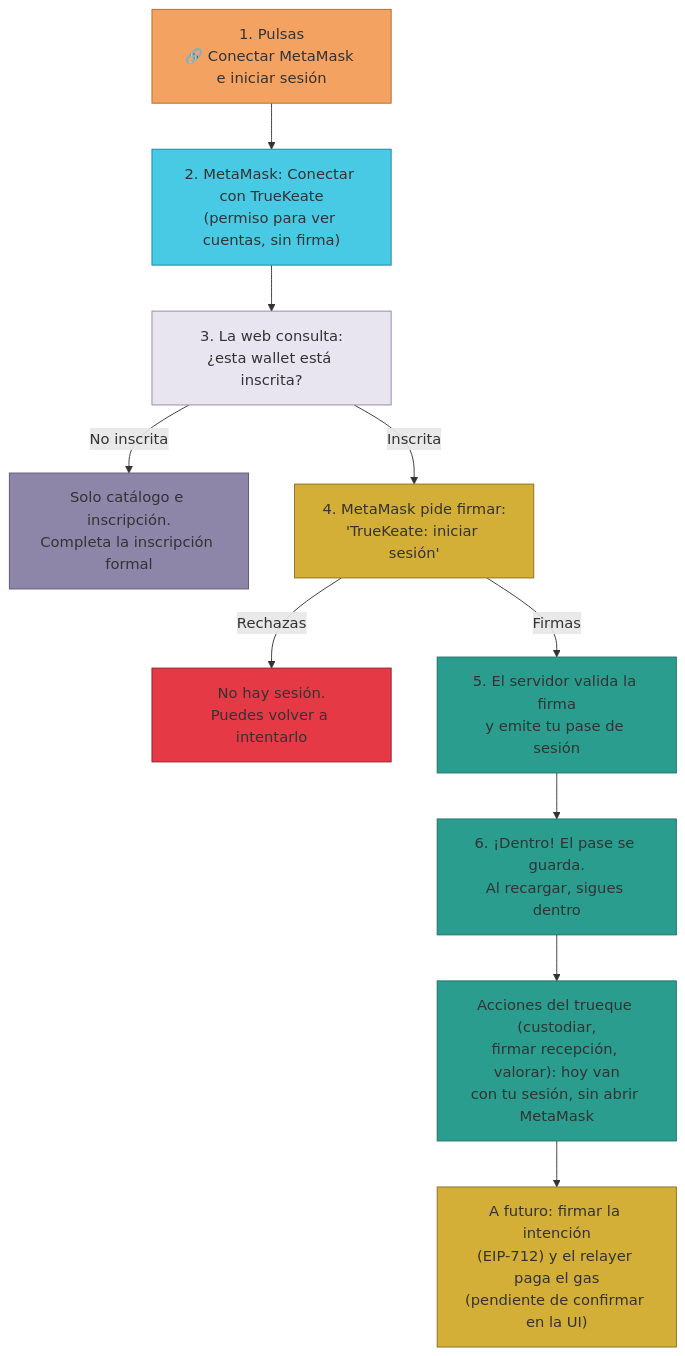
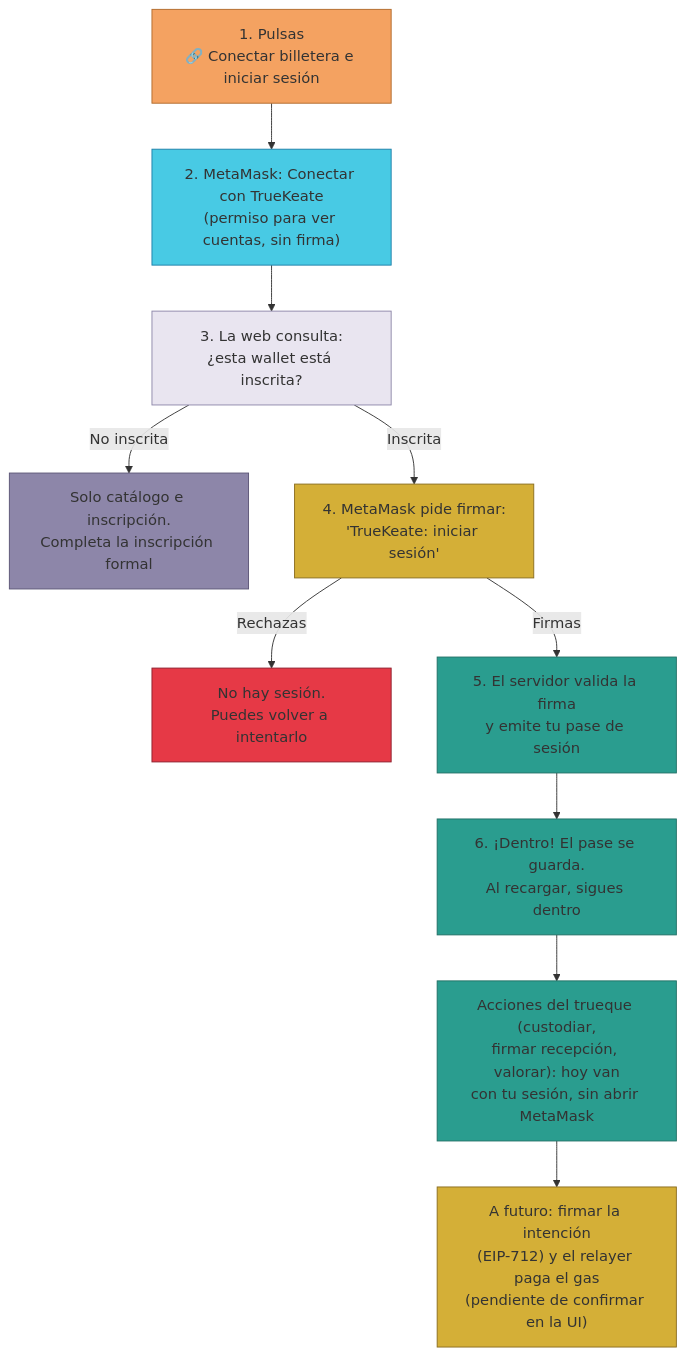
The diagram in docs/Manuales/07-Wallets-y-Cuentas/06-interactuar-wallet.md (anlucorporations/escrow), drawn with Mermaid before and after one commit. The commit also changed other lines of this file and 26 other files, not shown here.

````diff
--- a/docs/Manuales/07-Wallets-y-Cuentas/06-interactuar-wallet.md
+++ b/docs/Manuales/07-Wallets-y-Cuentas/06-interactuar-wallet.md
@@ -171,22 +171,22 @@
 ```mermaid
 flowchart TB
-    A["1. Pulsas<br/>🔗 Conectar MetaMask e iniciar sesión"] --> B["2. MetaMask: Conectar con TrueKeate<br/>(permiso para ver cuentas, sin firma)"]
+    A["1. Pulsas<br/>🔗 Conectar billetera e iniciar sesión"] --> B["2. MetaMask: Conectar con TrueKeate<br/>(permiso para ver cuentas, sin firma)"]
     B --> C["3. La web consulta:<br/>¿esta wallet está inscrita?"]
     C -->|"No inscrita"| D["Solo catálogo e inscripción.<br/>Completa la inscripción formal"]
     C -->|"Inscrita"| E["4. MetaMask pide firmar:<br/>'TrueKeate: iniciar sesión'"]
     E -->|"Rechazas"| F["No hay sesión.<br/>Puedes volver a intentarlo"]
     E -->|"Firmas"| G["5. El servidor valida la firma<br/>y emite tu pase de sesión"]
     G --> H["6. ¡Dentro! El pase se guarda.<br/>Al recargar, sigues dentro"]
     H --> I["Acciones del trueque (custodiar,<br/>firmar recepción, valorar): hoy van<br/>con tu sesión, sin abrir MetaMask"]
     I --> J["A futuro: firmar la intención<br/>(EIP-712) y el relayer paga el gas<br/>(pendiente de confirmar en la UI)"]
     style A fill:#f4a261,stroke:#b06a2a
     style B fill:#48cae4,stroke:#1d7fa8
     style C fill:#e9e5f0,stroke:#8d86a9
     style D fill:#8d86a9,stroke:#5a5475
     style E fill:#d4af37,stroke:#8a6d1f
     style F fill:#e63946,stroke:#8d1f2d
     style G fill:#2a9d8f,stroke:#1f6f64
     style H fill:#2a9d8f,stroke:#1f6f64
     style I fill:#2a9d8f,stroke:#1f6f64
     style J fill:#d4af37,stroke:#8a6d1f
 ```
````
